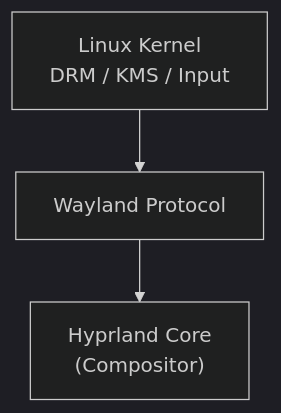
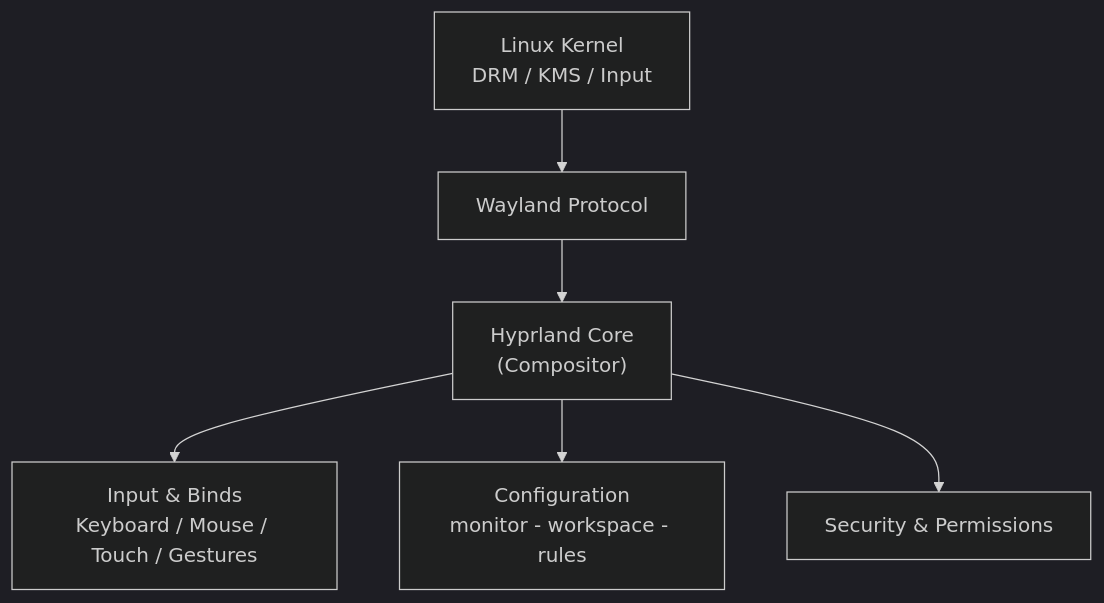
One commit to Zai4ikManiak/Linux_Studying_Workflow changed the diagram in Hyprland/README.md. Above: the diagram before and after it, drawn with Mermaid (dark theme).

Commit message:
modified:   README.md

````diff
--- a/Hyprland/README.md
+++ b/Hyprland/README.md
@@ -7,10 +7,19 @@
 ```mermaid
 flowchart TD
     %% Core stack
     Kernel["Linux Kernel</br>DRM / KMS / Input"]:::cyan
     Wayland["Wayland Protocol"]:::cyan
     Core["Hyprland Core</br>(Compositor)"]:::cyan
 
     Kernel --> Wayland --> Core
 
+    %% Parallel subsystems
+    Input["Input & Binds</br>Keyboard / Mouse / Touch / Gestures"]:::blue
+    Config["Configuration</br>monitor - workspace - rules"]:::green
+    Security["Security & Permissions"]:::red
+
+    Core --> Input
+    Core --> Config
+    Core --> Security
+
 ```
````
